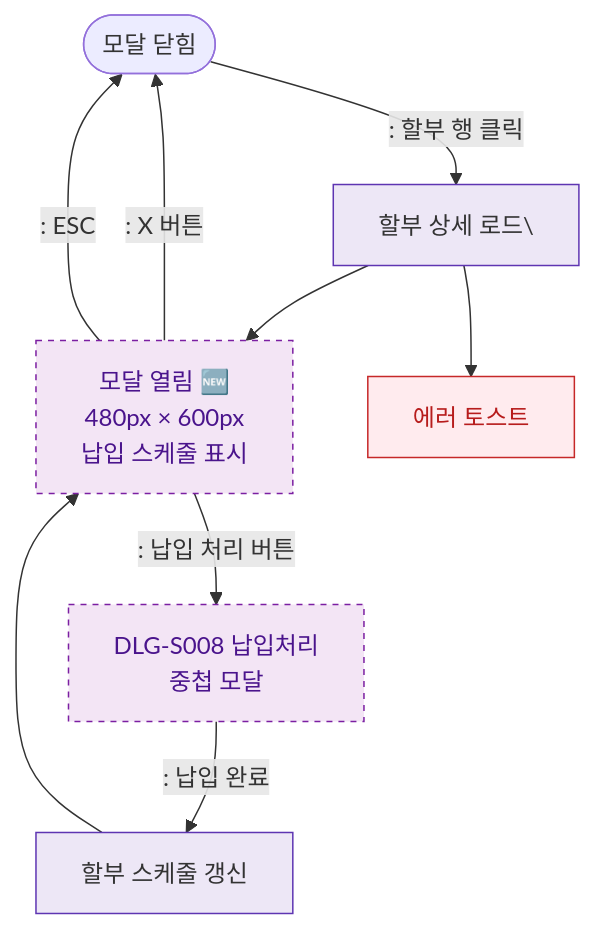
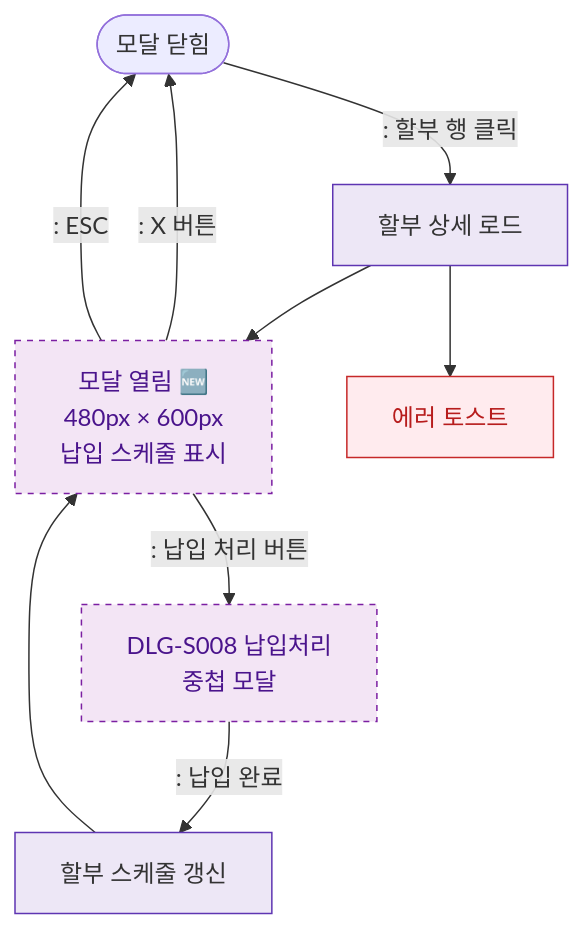
One commit to dev-spogym/admin-pando changed the diagram in docs/admin/다이어그램/D03_매출관리/DLG-S007_할부상세/M1_모달생명주기.md. Above: the diagram before and after it, drawn with Mermaid. The commit also changed 369 other files, not shown here.

````diff
--- a/docs/admin/다이어그램/D03_매출관리/DLG-S007_할부상세/M1_모달생명주기.md
+++ b/docs/admin/다이어그램/D03_매출관리/DLG-S007_할부상세/M1_모달생명주기.md
@@ -18,21 +18,21 @@
 ```mermaid
 flowchart TD
-    CLOSED([모달 닫힘]) -->|": 할부 행 클릭"|LOAD[할부 상세 로드\]
+    CLOSED([모달 닫힘]) -->|": 할부 행 클릭"|LOAD[할부 상세 로드]
     LOAD --> OPEN[모달 열림 🆕\n480px × 600px\n납입 스케줄 표시]
     LOAD --> ERR_TOAST[에러 토스트]
 
     OPEN -->|": X 버튼"|CLOSED
     OPEN -->|": ESC"|CLOSED
     OPEN -->|": 납입 처리 버튼"|DLG_S008[DLG-S008 납입처리\n중첩 모달]
 
     DLG_S008 -->|": 납입 완료"|REFRESH[할부 스케줄 갱신]
     REFRESH --> OPEN
 
     classDef newFeature fill:#F3E5F5,stroke:#7B1FA2,color:#4A148C,stroke-dasharray:4 4
     classDef system fill:#EDE7F6,stroke:#5E35B2
     classDef error fill:#FFEBEE,stroke:#C62828,color:#B71C1C
 
     class OPEN,DLG_S008 newFeature
     class LOAD,REFRESH system
     class ERR_TOAST error
 ```
````
